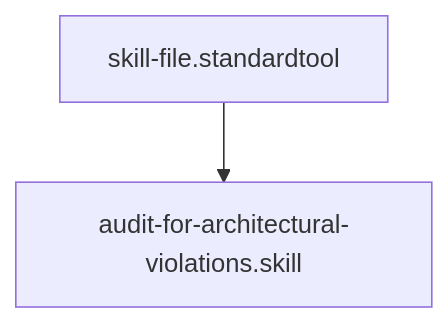
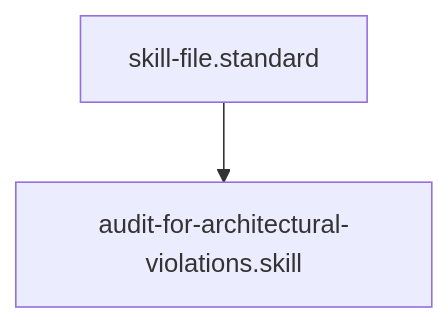
One commit to Gizmo4Life/ai-kernel changed the diagram in skills/audit-for-architectural-violations.skill.md. Above: the diagram before and after it, drawn with Mermaid. The commit also changed other lines of this file and 89 other files, not shown here.

````diff
--- a/skills/audit-for-architectural-violations.skill.md
+++ b/skills/audit-for-architectural-violations.skill.md
@@ -27,4 +28,4 @@
 ```mermaid
 graph TD
-    skill-file.standardtool --> audit-for-architectural-violations.skill
+    skill-file.standard --> audit-for-architectural-violations.skill
 ```
````
